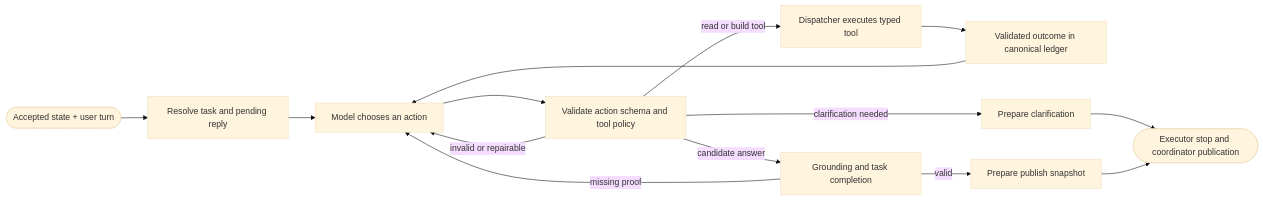
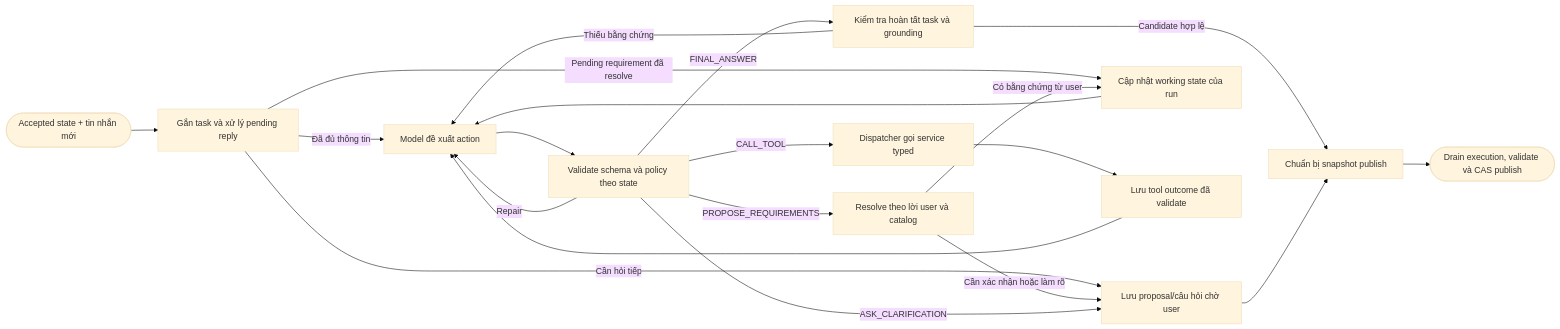
Before and after one commit to pc-shopping-assistant-org/docs: the fourth of 4 diagrams in 02-architecture/ai-architecture.md, drawn with Mermaid (base theme). The commit also changed other lines of this file and 4 other files, not shown here.

````diff
--- a/02-architecture/ai-architecture.md
+++ b/02-architecture/ai-architecture.md
@@ -231,16 +254,22 @@
 ```mermaid
 flowchart LR
-  START([Accepted state + user turn]) --> TASK[Resolve task and pending reply]
-  TASK --> AGENT[Model chooses an action]
-  AGENT --> CHECK[Validate action schema and tool policy]
-  CHECK -->|invalid or repairable| AGENT
-  CHECK -->|read or build tool| TOOL[Dispatcher executes typed tool]
-  TOOL --> LEDGER[Validated outcome in canonical ledger]
+  START([Accepted state + tin nhắn mới]) --> BIND[Gắn task và xử lý pending reply]
+  BIND -->|Đã đủ thông tin| AGENT[Model đề xuất action]
+  BIND -->|Cần hỏi tiếp| ASK[Lưu proposal/câu hỏi chờ user]
+  BIND -->|Pending requirement đã resolve| WORK[Cập nhật working state của run]
+  WORK --> AGENT
+  AGENT --> CHECK[Validate schema và policy theo state]
+  CHECK -->|Repair| AGENT
+  CHECK -->|CALL_TOOL| TOOL[Dispatcher gọi service typed]
+  TOOL --> LEDGER[Lưu tool outcome đã validate]
   LEDGER --> AGENT
-  CHECK -->|clarification needed| ASK[Prepare clarification]
-  CHECK -->|candidate answer| VALIDATE[Grounding and task completion]
-  VALIDATE -->|missing proof| AGENT
-  VALIDATE -->|valid| PREPARE[Prepare publish snapshot]
-  ASK --> END([Executor stop and coordinator publication])
-  PREPARE --> END
+  CHECK -->|PROPOSE_REQUIREMENTS| RESOLVE[Resolve theo lời user và catalog]
+  RESOLVE -->|Có bằng chứng từ user| WORK
+  RESOLVE -->|Cần xác nhận hoặc làm rõ| ASK[Lưu proposal/câu hỏi chờ user]
+  CHECK -->|ASK_CLARIFICATION| ASK
+  CHECK -->|FINAL_ANSWER| VALIDATE[Kiểm tra hoàn tất task và grounding]
+  VALIDATE -->|Thiếu bằng chứng| AGENT
+  VALIDATE -->|Candidate hợp lệ| PREPARE[Chuẩn bị snapshot publish]
+  ASK --> PREPARE
+  PREPARE --> END([Drain execution, validate và CAS publish])
 ```
````
